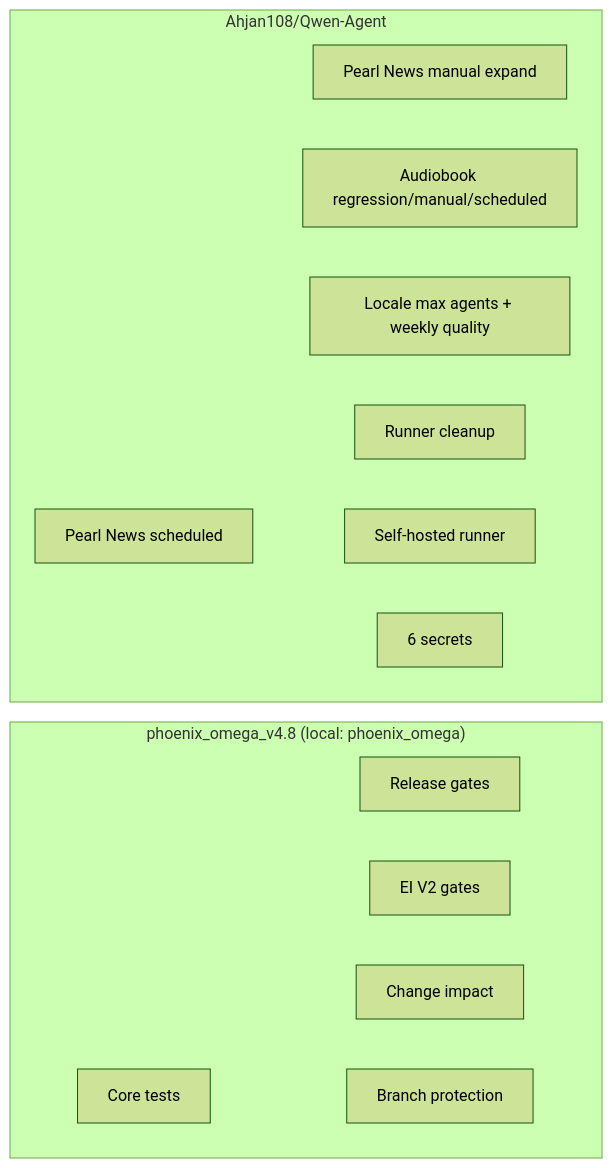
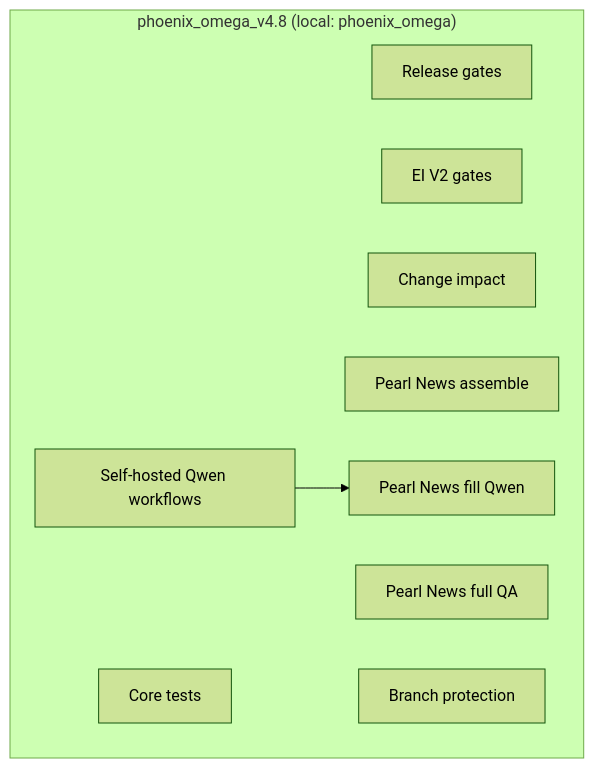
Before and after one commit to Pearl-Prime/pearl_prime: the diagram in docs/GITHUB_OPERATIONS_FRAMEWORK.md, drawn with Mermaid (forest theme). The commit also changed other lines of this file and 134 other files, not shown here.

````diff
--- a/docs/GITHUB_OPERATIONS_FRAMEWORK.md
+++ b/docs/GITHUB_OPERATIONS_FRAMEWORK.md
@@ -36,21 +35,16 @@
 ```mermaid
 flowchart LR
   subgraph Phoenix ["phoenix_omega_v4.8 (local: phoenix_omega)"]
     W1[Core tests]
     W2[Release gates]
     W3[EI V2 gates]
     W4[Change impact]
+    PN1[Pearl News assemble]
+    PN2[Pearl News fill Qwen]
+    PN3[Pearl News full QA]
+    SELF[Self-hosted Qwen workflows]
     BP[Branch protection]
   end
-  subgraph Qwen ["Ahjan108/Qwen-Agent"]
-    PN1[Pearl News scheduled]
-    PN2[Pearl News manual expand]
-    AB1[Audiobook regression/manual/scheduled]
-    LOC1[Locale max agents + weekly quality]
-    OPS1[Runner cleanup]
-    Runner[Self-hosted runner]
-    Secrets[6 secrets]
-  end
   Phoenix --> BP
-  Qwen --> Runner
+  SELF --> PN2
 ```
````
